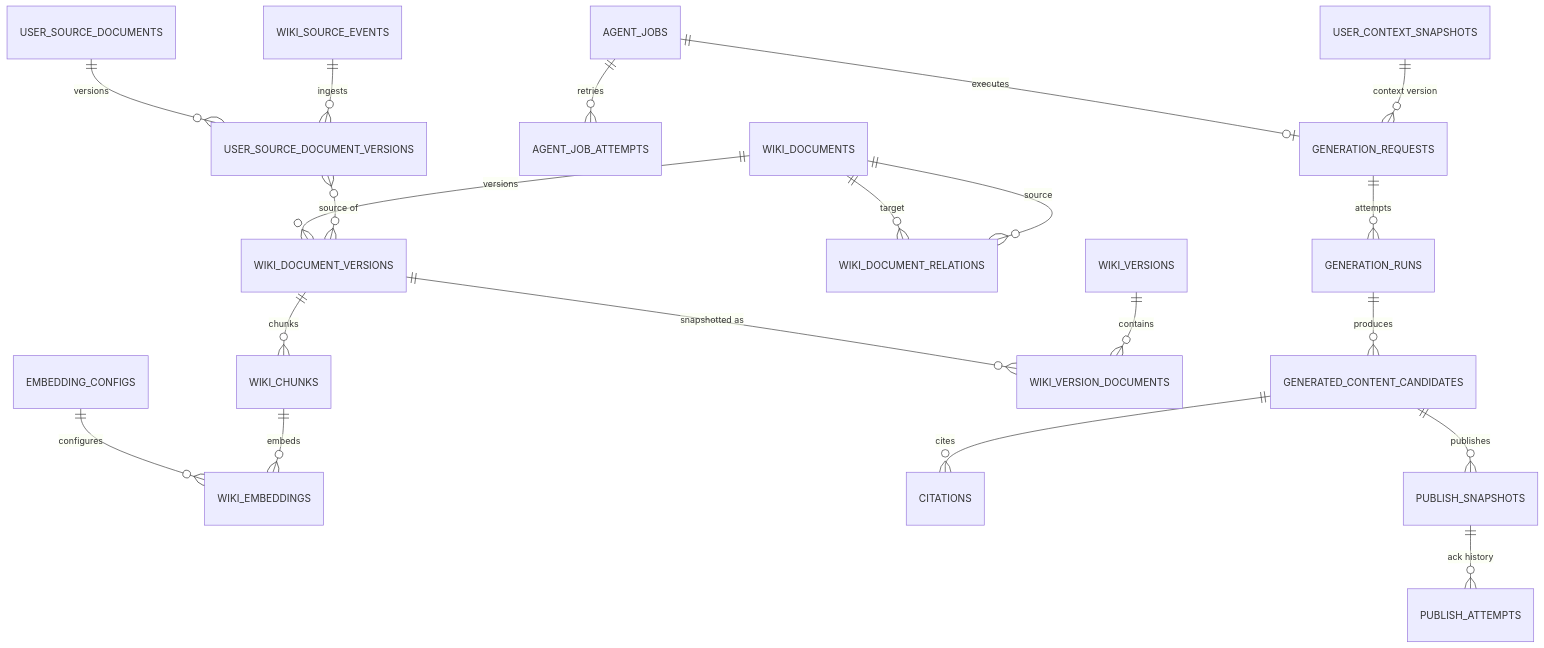
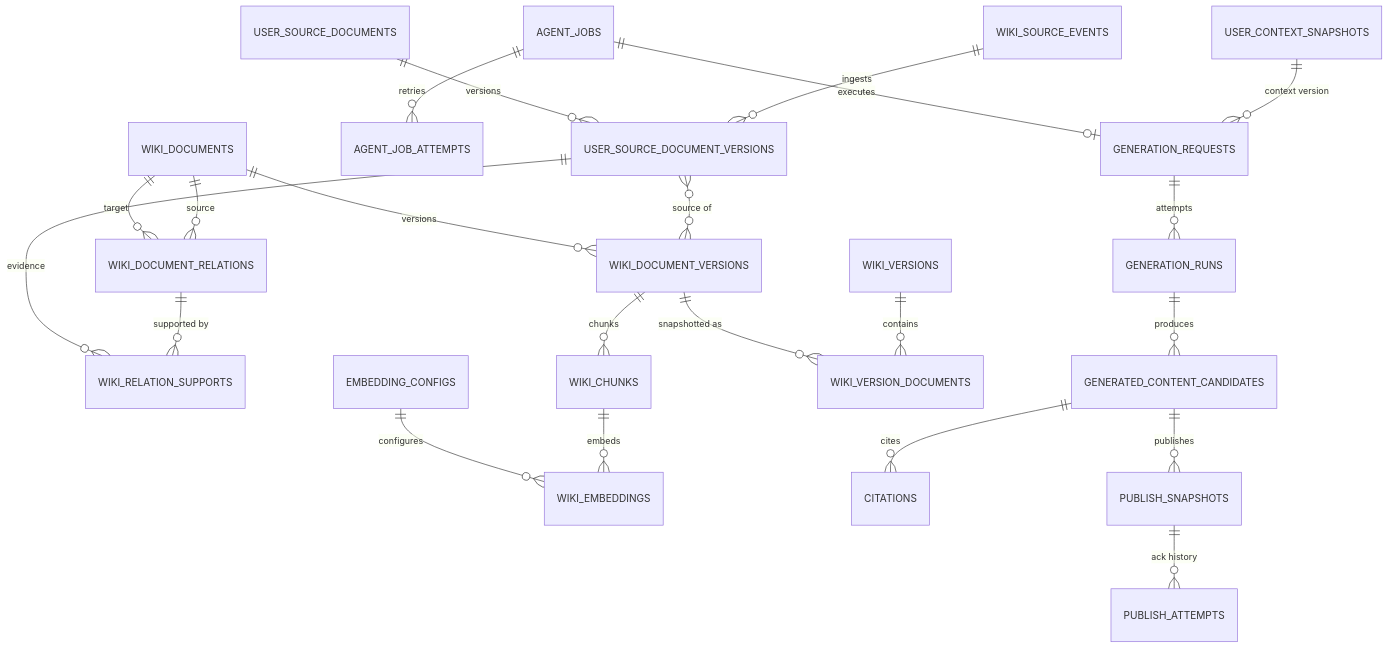
The second of 3 diagrams in docs/agent-db-design.md (hk-toss-final-project/bambi-agent-api), drawn with Mermaid before and after one commit. The commit also changed other lines of this file and 54 other files, not shown here.

````diff
--- a/docs/agent-db-design.md
+++ b/docs/agent-db-design.md
@@ -60,22 +60,24 @@
 ```mermaid
 erDiagram
     USER_CONTEXT_SNAPSHOTS ||--o{ GENERATION_REQUESTS : "context version"
     AGENT_JOBS ||--o| GENERATION_REQUESTS : "executes"
     AGENT_JOBS ||--o{ AGENT_JOB_ATTEMPTS : "retries"
     WIKI_SOURCE_EVENTS ||--o{ USER_SOURCE_DOCUMENT_VERSIONS : "ingests"
     USER_SOURCE_DOCUMENTS ||--o{ USER_SOURCE_DOCUMENT_VERSIONS : "versions"
     USER_SOURCE_DOCUMENT_VERSIONS }o--o{ WIKI_DOCUMENT_VERSIONS : "source of"
     WIKI_DOCUMENTS ||--o{ WIKI_DOCUMENT_VERSIONS : "versions"
     WIKI_DOCUMENTS ||--o{ WIKI_DOCUMENT_RELATIONS : "source"
     WIKI_DOCUMENTS ||--o{ WIKI_DOCUMENT_RELATIONS : "target"
+    WIKI_DOCUMENT_RELATIONS ||--o{ WIKI_RELATION_SUPPORTS : "supported by"
+    USER_SOURCE_DOCUMENT_VERSIONS ||--o{ WIKI_RELATION_SUPPORTS : "evidence"
     WIKI_DOCUMENT_VERSIONS ||--o{ WIKI_CHUNKS : "chunks"
     WIKI_CHUNKS ||--o{ WIKI_EMBEDDINGS : "embeds"
     EMBEDDING_CONFIGS ||--o{ WIKI_EMBEDDINGS : "configures"
     WIKI_VERSIONS ||--o{ WIKI_VERSION_DOCUMENTS : "contains"
     WIKI_DOCUMENT_VERSIONS ||--o{ WIKI_VERSION_DOCUMENTS : "snapshotted as"
     GENERATION_REQUESTS ||--o{ GENERATION_RUNS : "attempts"
     GENERATION_RUNS ||--o{ GENERATED_CONTENT_CANDIDATES : "produces"
     GENERATED_CONTENT_CANDIDATES ||--o{ CITATIONS : "cites"
     GENERATED_CONTENT_CANDIDATES ||--o{ PUBLISH_SNAPSHOTS : "publishes"
     PUBLISH_SNAPSHOTS ||--o{ PUBLISH_ATTEMPTS : "ack history"
 ```
````
